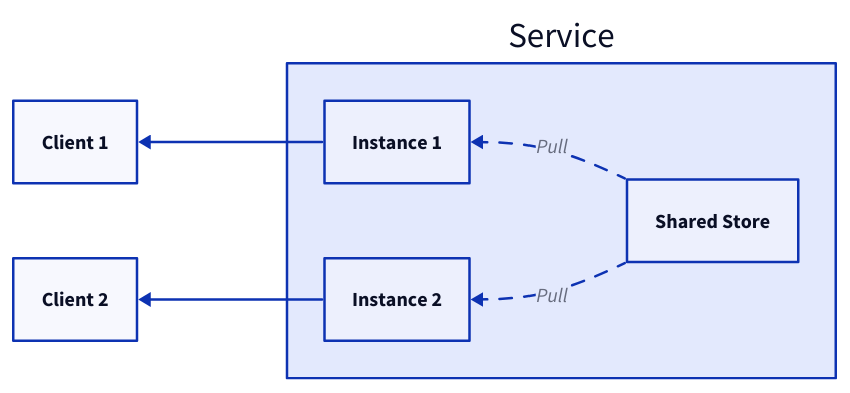
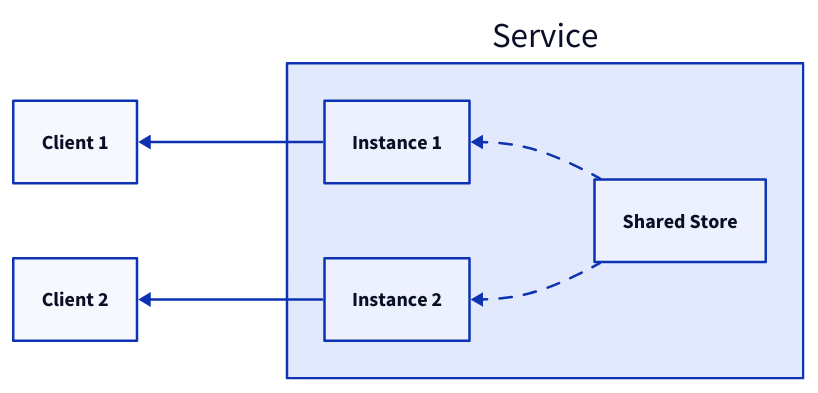
The ninth of 13 diagrams in content/web-service/communication-protocols/_index.md (link1905/system-design-101), drawn with D2 before and after one commit. The commit also changed other lines of this file and 13 other files, not shown here.

````diff
--- a/content/web-service/communication-protocols/_index.md
+++ b/content/web-service/communication-protocols/_index.md
@@ -302,29 +292,29 @@
 ```d2
 direction: left
 
 c1: Client 1 {
     class: client
 }
 s: Service {
   i1: Instance 1 {
     class: server
   }
   s: Shared Store {
     class: db
   }
   i2: Instance 2 {
     class: server
   }
-  i1 <- s: Pull {
+  i1 <- s {
     style.animated: true
   }
-  i2 <- s: Pull {
+  i2 <- s {
     style.animated: true
   }
 }
 c2: Client 2 {
     class: client
 }
 c1 <- s.i1
 c2 <- s.i2
 ```
````
